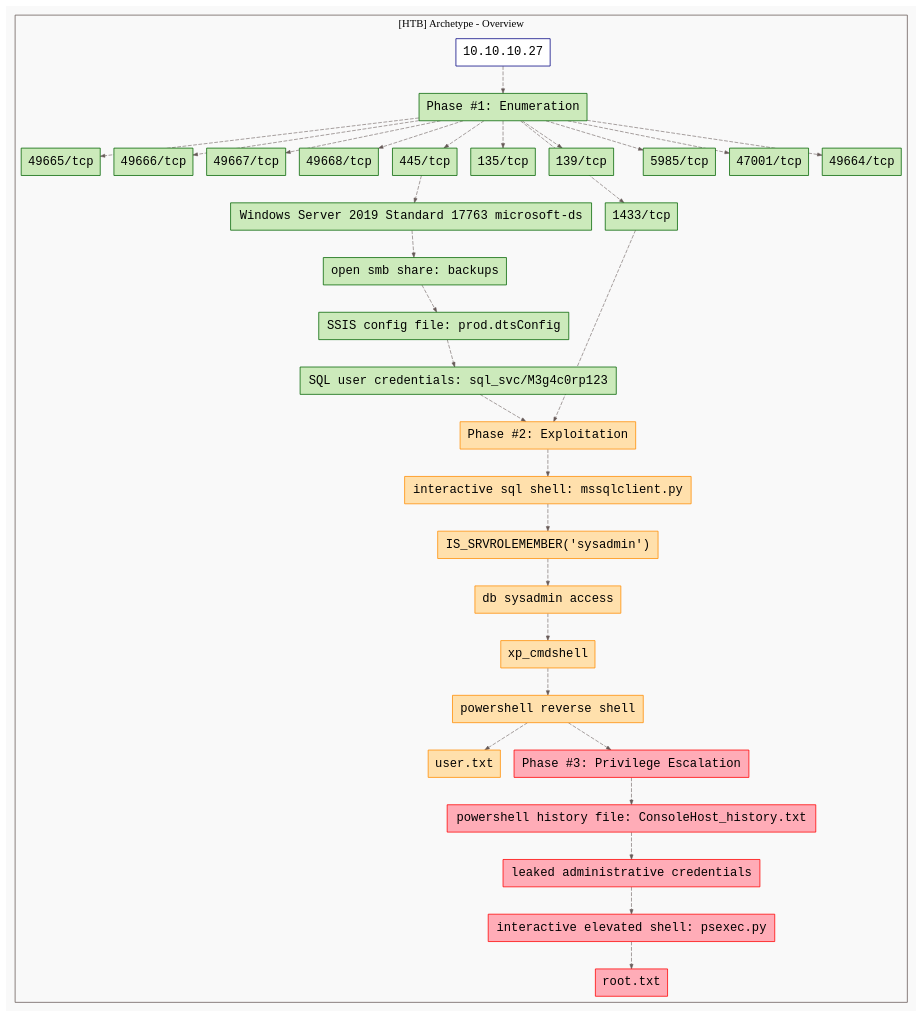
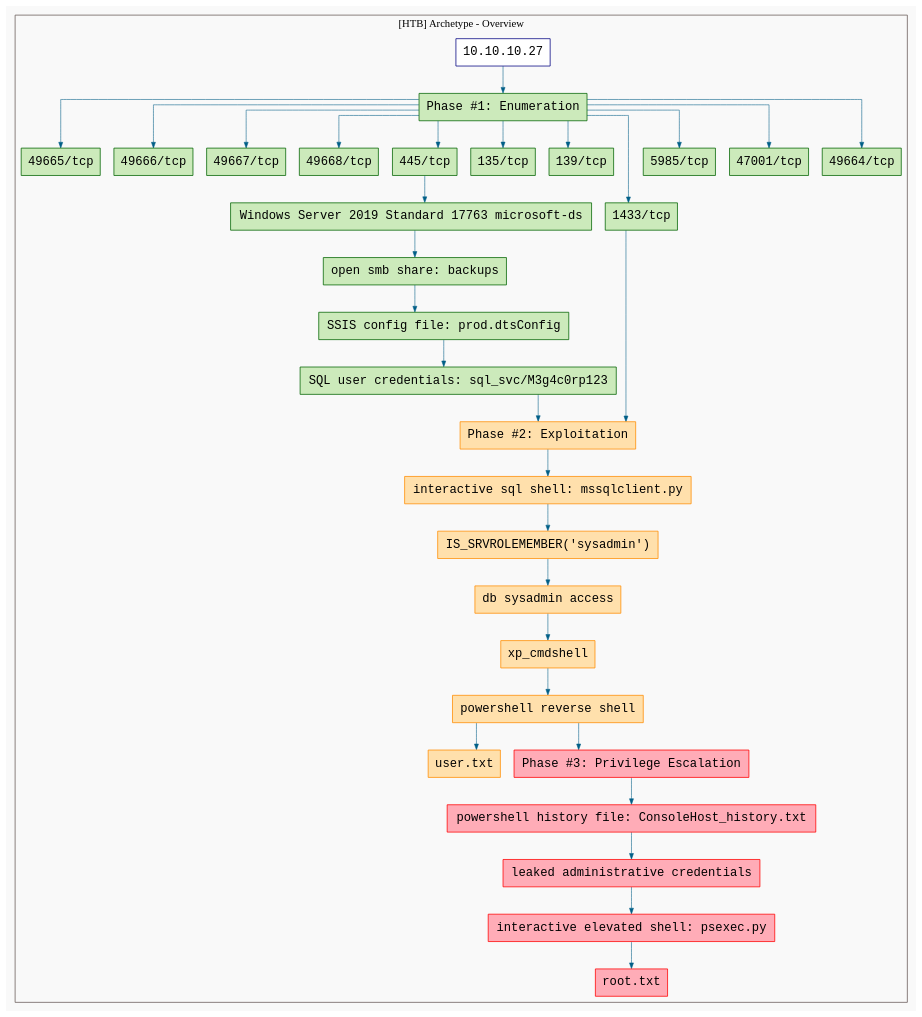
Before and after one commit to 7h3rAm/yml2dot: the diagram in test2.dot, drawn with Graphviz. The commit also changed 6 other files, not shown here.

```diff
--- a/test2.dot
+++ b/test2.dot
@@ -1,71 +1,71 @@
 digraph G {
   #rankdir=LR;
-  nodesdictep=1.0; splines="line"; K=0.6; overlap=scale; fixedsize=true; resolution=72; bgcolor="#f9f9f9"; outputorder="edgesfirst";
+  nodesdictep=1.0; splines="ortho"; K=0.6; overlap=scale; fixedsize=true; resolution=72; bgcolor="#f9f9f9"; outputorder="edgesfirst";
   node [fontname="courier" fontsize=16 shape=box width=0.25 fillcolor="white" style="filled,solid"];
-  edge [style=dashed color="#665957" penwidth=0.75 arrowsize=0.6];
+  edge [style=solid color="#005f87" penwidth=0.75 arrowsize=0.75];
 
   0[label="10.10.10.27" color="navyblue" fillcolor="#ffffff" tooltip="[HTB] Archetype - Overview"];
   10[label="49665/tcp" color="darkgreen" fillcolor="#cceabb" tooltip="Phase #1:Enumeration"];
   11[label="49666/tcp" color="darkgreen" fillcolor="#cceabb" tooltip="Phase #1:Enumeration"];
   12[label="49667/tcp" color="darkgreen" fillcolor="#cceabb" tooltip="Phase #1:Enumeration"];
   13[label="49668/tcp" color="darkgreen" fillcolor="#cceabb" tooltip="Phase #1:Enumeration"];
   14[label="445/tcp" color="darkgreen" fillcolor="#cceabb" tooltip="Phase #1:Enumeration"];
   15[label="Windows Server 2019 Standard 17763 microsoft-ds" color="darkgreen" fillcolor="#cceabb" tooltip="Phase #1:Enumeration"];
   16[label="open smb share: backups" color="darkgreen" fillcolor="#cceabb" tooltip="Phase #1:Enumeration"];
   17[label="SSIS config file: prod.dtsConfig" color="darkgreen" fillcolor="#cceabb" tooltip="Phase #1:Enumeration"];
   18[label="SQL user credentials: sql_svc/M3g4c0rp123" color="darkgreen" fillcolor="#cceabb" tooltip="Phase #1:Enumeration"];
   19[label="IS_SRVROLEMEMBER('sysadmin')" color="darkorange" fillcolor="#ffe0ac" tooltip="Phase #2:Exploitation"];
   1[label="Phase #1: Enumeration" color="darkgreen" fillcolor="#cceabb" tooltip="Phase #1:Enumeration"];
   20[label="db sysadmin access" color="darkorange" fillcolor="#ffe0ac" tooltip="Phase #2:Exploitation"];
   21[label="xp_cmdshell" color="darkorange" fillcolor="#ffe0ac" tooltip="Phase #2:Exploitation"];
   22[label="powershell reverse shell" color="darkorange" fillcolor="#ffe0ac" tooltip="Phase #2:Exploitation"];
   23[label="user.txt" color="darkorange" fillcolor="#ffe0ac" tooltip="Phase #2:Exploitation"];
   24[label="Phase #3: Privilege Escalation" color="red" fillcolor="#ffacb7" tooltip="Phase #3:Privilege Escalation"];
   25[label="powershell history file: ConsoleHost_history.txt" color="red" fillcolor="#ffacb7" tooltip="Phase #3:Privilege Escalation"];
   26[label="leaked administrative credentials" color="red" fillcolor="#ffacb7" tooltip="Phase #3:Privilege Escalation"];
   27[label="interactive elevated shell: psexec.py" color="red" fillcolor="#ffacb7" tooltip="Phase #3:Privilege Escalation"];
   28[label="root.txt" color="red" fillcolor="#ffacb7" tooltip="Phase #3:Privilege Escalation"];
   2[label="135/tcp" color="darkgreen" fillcolor="#cceabb" tooltip="Phase #1:Enumeration"];
   3[label="139/tcp" color="darkgreen" fillcolor="#cceabb" tooltip="Phase #1:Enumeration"];
   4[label="1433/tcp" color="darkgreen" fillcolor="#cceabb" tooltip="Phase #1:Enumeration"];
   5[label="Phase #2: Exploitation" color="darkorange" fillcolor="#ffe0ac" tooltip="Phase #2:Exploitation"];
   6[label="interactive sql shell: mssqlclient.py" color="darkorange" fillcolor="#ffe0ac" tooltip="Phase #2:Exploitation"];
   7[label="5985/tcp" color="darkgreen" fillcolor="#cceabb" tooltip="Phase #1:Enumeration"];
   8[label="47001/tcp" color="darkgreen" fillcolor="#cceabb" tooltip="Phase #1:Enumeration"];
   9[label="49664/tcp" color="darkgreen" fillcolor="#cceabb" tooltip="Phase #1:Enumeration"];
 
   subgraph cluster_0 {
     node [style="filled,solid"];
     label = "[HTB] Archetype - Overview";
     color = "#665957";
-    0 -> 1 [color="#665957"];
-    1 -> 10 [color="#665957"];
-    1 -> 11 [color="#665957"];
-    1 -> 12 [color="#665957"];
-    1 -> 13 [color="#665957"];
-    1 -> 14 [color="#665957"];
-    1 -> 2 [color="#665957"];
-    1 -> 3 [color="#665957"];
-    1 -> 4 [color="#665957"];
-    1 -> 7 [color="#665957"];
-    1 -> 8 [color="#665957"];
-    1 -> 9 [color="#665957"];
-    14 -> 15 [color="#665957"];
-    15 -> 16 [color="#665957"];
-    16 -> 17 [color="#665957"];
-    17 -> 18 [color="#665957"];
-    18 -> 5 [color="#665957"];
-    19 -> 20 [color="#665957"];
-    20 -> 21 [color="#665957"];
-    21 -> 22 [color="#665957"];
-    22 -> 23 [color="#665957"];
-    22 -> 24 [color="#665957"];
-    24 -> 25 [color="#665957"];
-    25 -> 26 [color="#665957"];
-    26 -> 27 [color="#665957"];
-    27 -> 28 [color="#665957"];
-    4 -> 5 [color="#665957"];
-    5 -> 6 [color="#665957"];
-    6 -> 19 [color="#665957"];
+    0 -> 1 [color="#005f87"];
+    1 -> 10 [color="#005f87"];
+    1 -> 11 [color="#005f87"];
+    1 -> 12 [color="#005f87"];
+    1 -> 13 [color="#005f87"];
+    1 -> 14 [color="#005f87"];
+    1 -> 2 [color="#005f87"];
+    1 -> 3 [color="#005f87"];
+    1 -> 4 [color="#005f87"];
+    1 -> 7 [color="#005f87"];
+    1 -> 8 [color="#005f87"];
+    1 -> 9 [color="#005f87"];
+    14 -> 15 [color="#005f87"];
+    15 -> 16 [color="#005f87"];
+    16 -> 17 [color="#005f87"];
+    17 -> 18 [color="#005f87"];
+    18 -> 5 [color="#005f87"];
+    19 -> 20 [color="#005f87"];
+    20 -> 21 [color="#005f87"];
+    21 -> 22 [color="#005f87"];
+    22 -> 23 [color="#005f87"];
+    22 -> 24 [color="#005f87"];
+    24 -> 25 [color="#005f87"];
+    25 -> 26 [color="#005f87"];
+    26 -> 27 [color="#005f87"];
+    27 -> 28 [color="#005f87"];
+    4 -> 5 [color="#005f87"];
+    5 -> 6 [color="#005f87"];
+    6 -> 19 [color="#005f87"];
   }
 }
```
